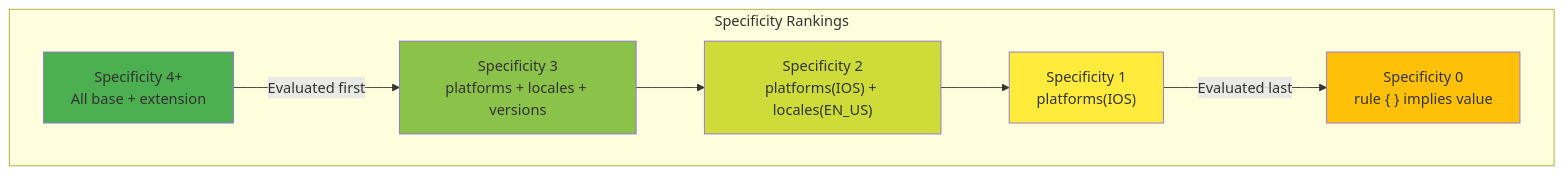
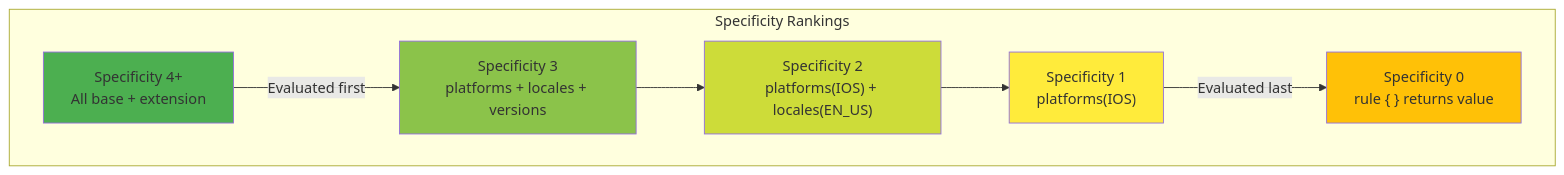
Before and after one commit to amichne/konditional: the third of 4 diagrams in docs/Rules.md, drawn with Mermaid. The commit also changed other lines of this file and 70 other files, not shown here.

````diff
--- a/docs/Rules.md
+++ b/docs/Rules.md
@@ -398,21 +398,21 @@
 ```mermaid
 graph TD
     subgraph "Specificity Rankings"
-        S0["Specificity 0<br/>rule { } implies value"]
+        S0["Specificity 0<br/>rule { } returns value"]
         S1["Specificity 1<br/>platforms(IOS)"]
         S2["Specificity 2<br/>platforms(IOS) + locales(EN_US)"]
         S3["Specificity 3<br/>platforms + locales + versions"]
         S4["Specificity 4+<br/>All base + extension"]
     end
 
     S4 -->|Evaluated first| S3
     S3 --> S2
     S2 --> S1
     S1 -->|Evaluated last| S0
 
     style S4 fill:#4caf50
     style S3 fill:#8bc34a
     style S2 fill:#cddc39
     style S1 fill:#ffeb3b
     style S0 fill:#ffc107
 ```
````
